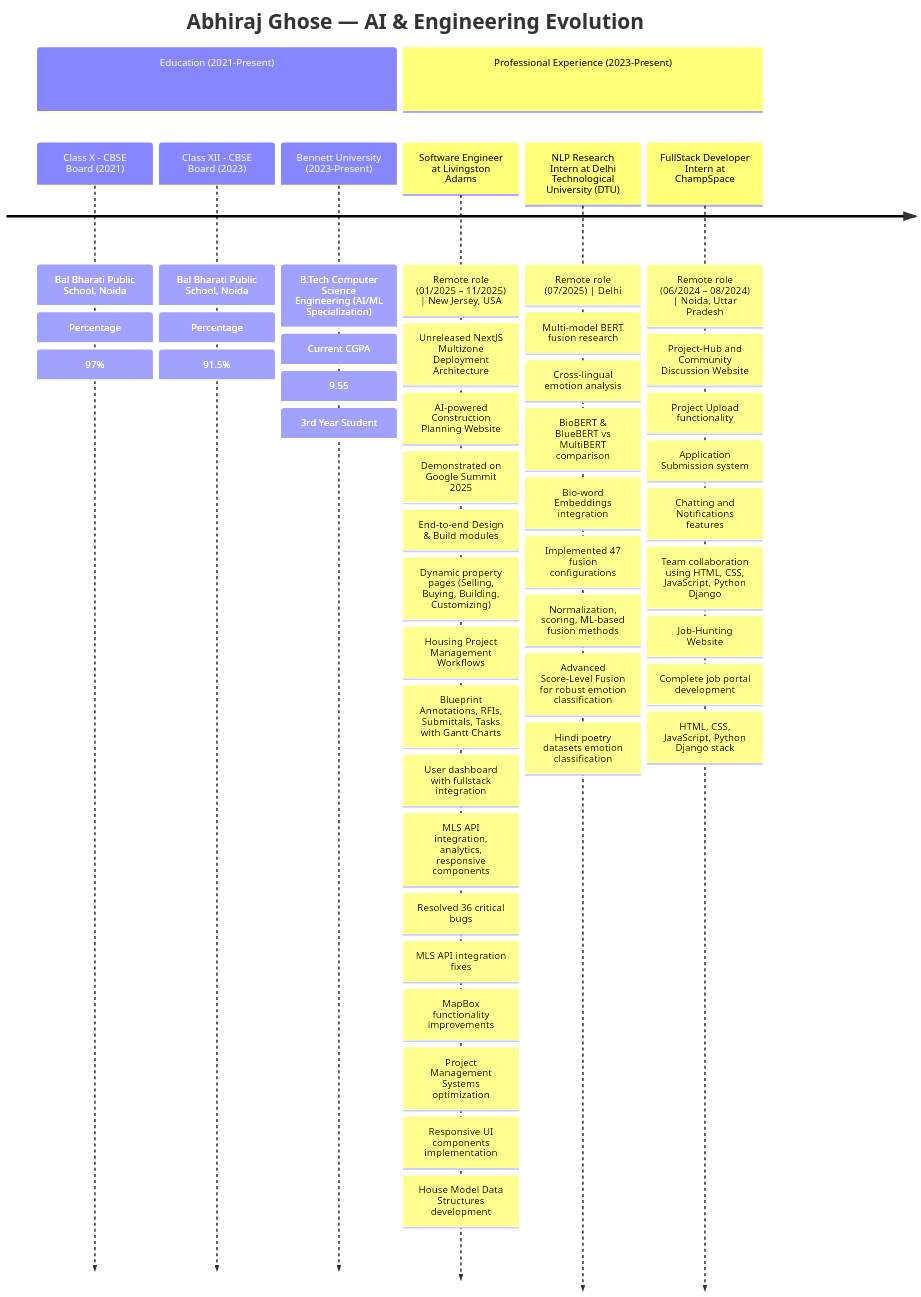
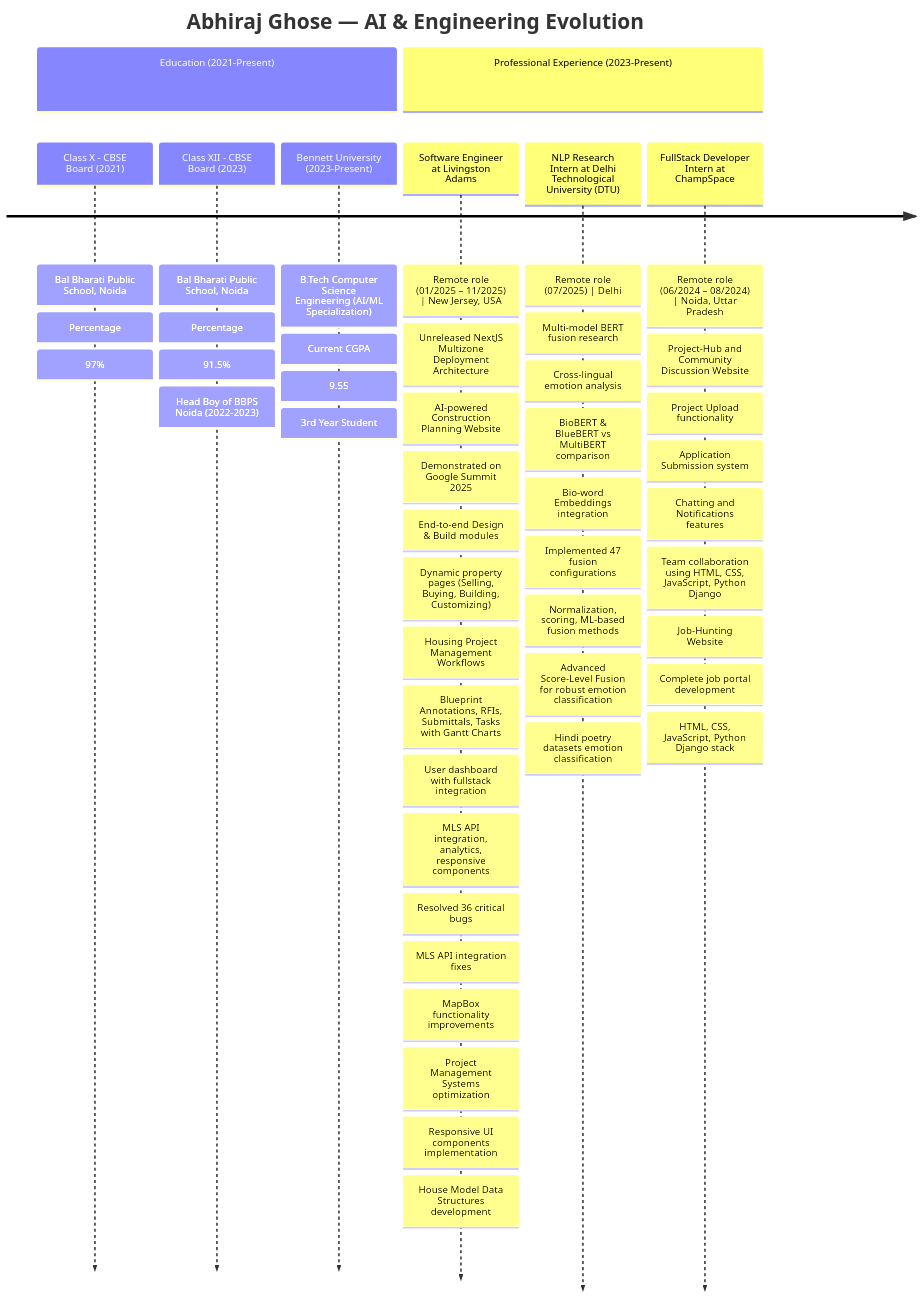
Before and after one commit to AetherSparks/AetherSparks: the diagram in README.md, drawn with Mermaid.

Commit message:
Head Boy Detail Added

````diff
--- a/README.md
+++ b/README.md
@@ -256,55 +256,56 @@
 ```mermaid
 timeline
     title Abhiraj Ghose — AI & Engineering Evolution
 
     section Education (2021-Present)
         Class X - CBSE Board (2021)
             : Bal Bharati Public School, Noida
             : Percentage: 97%
         Class XII - CBSE Board (2023)
             : Bal Bharati Public School, Noida
             : Percentage: 91.5%
+            : Head Boy of BBPS Noida (2022-2023)
         Bennett University (2023-Present)
             : B.Tech Computer Science Engineering (AI/ML Specialization)
             : Current CGPA: 9.55
             : 3rd Year Student
 
     section Professional Experience (2023-Present)
         Software Engineer at Livingston Adams
             : Remote role (01/2025 – 11/2025) | New Jersey, USA
                 : Unreleased NextJS Multizone Deployment Architecture
                 : AI-powered Construction Planning Website
                 : Demonstrated on Google Summit 2025
                 : End-to-end Design & Build modules
                     : Dynamic property pages (Selling, Buying, Building, Customizing)
                     : Housing Project Management Workflows
                     : Blueprint Annotations, RFIs, Submittals, Tasks with Gantt Charts
                     : User dashboard with fullstack integration
                     : MLS API integration, analytics, responsive components
                 : Resolved 36 critical bugs
                     : MLS API integration fixes
                     : MapBox functionality improvements
                     : Project Management Systems optimization
                     : Responsive UI components implementation
                     : House Model Data Structures development
         NLP Research Intern at Delhi Technological University (DTU)
             : Remote role (07/2025) | Delhi
                 : Multi-model BERT fusion research
                 : Cross-lingual emotion analysis
                 : BioBERT & BlueBERT vs MultiBERT comparison
                 : Bio-word Embeddings integration
                 : Implemented 47 fusion configurations
                     : Normalization, scoring, ML-based fusion methods
                     : Advanced Score-Level Fusion for robust emotion classification
                     : Hindi poetry datasets emotion classification
         FullStack Developer Intern at ChampSpace
             : Remote role (06/2024 – 08/2024) | Noida, Uttar Pradesh
                 : Project-Hub and Community Discussion Website
                     : Project Upload functionality
                     : Application Submission system
                     : Chatting and Notifications features
                     : Team collaboration using HTML, CSS, JavaScript, Python Django
                 : Job-Hunting Website
                     : Complete job portal development
                     : HTML, CSS, JavaScript, Python Django stack
 ```
````
